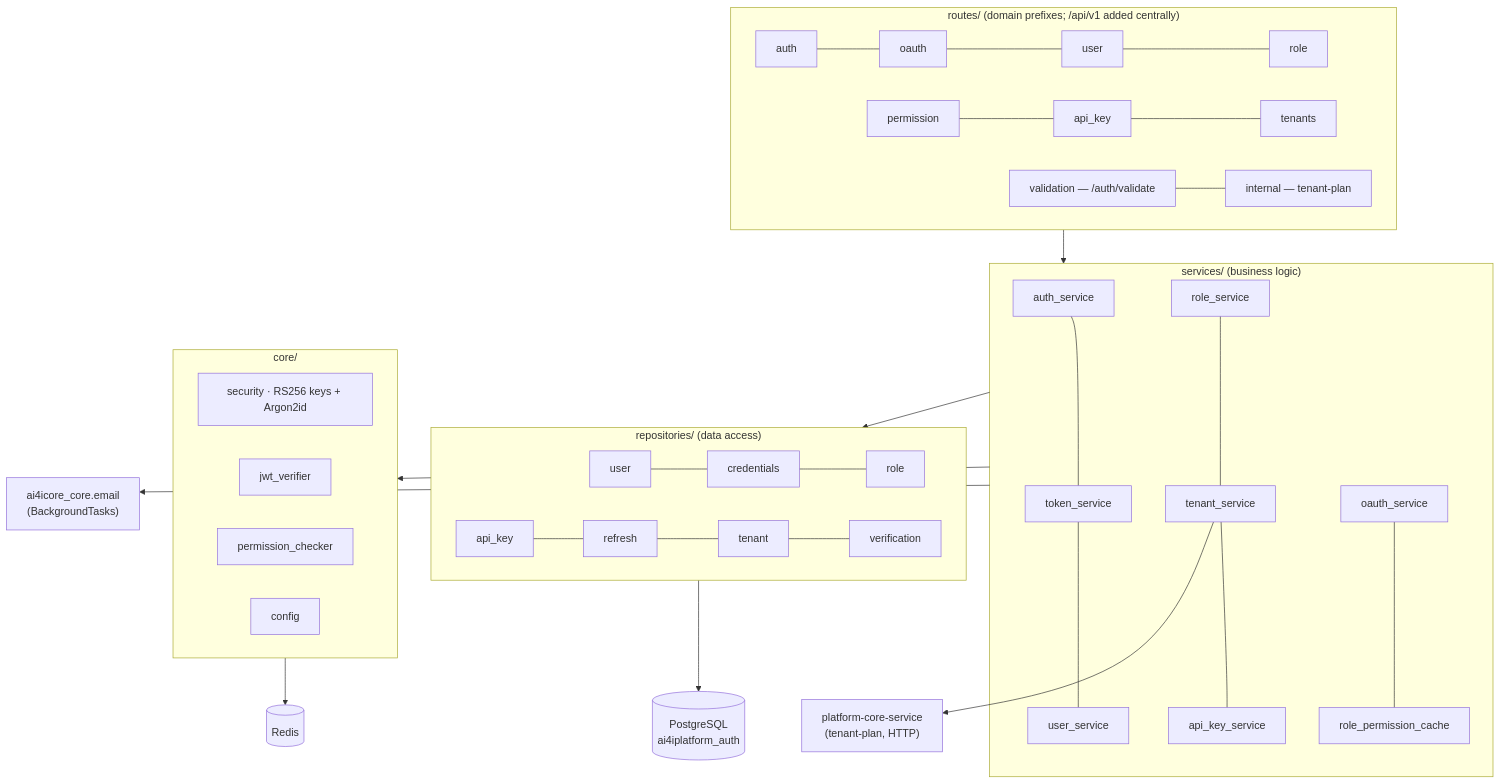
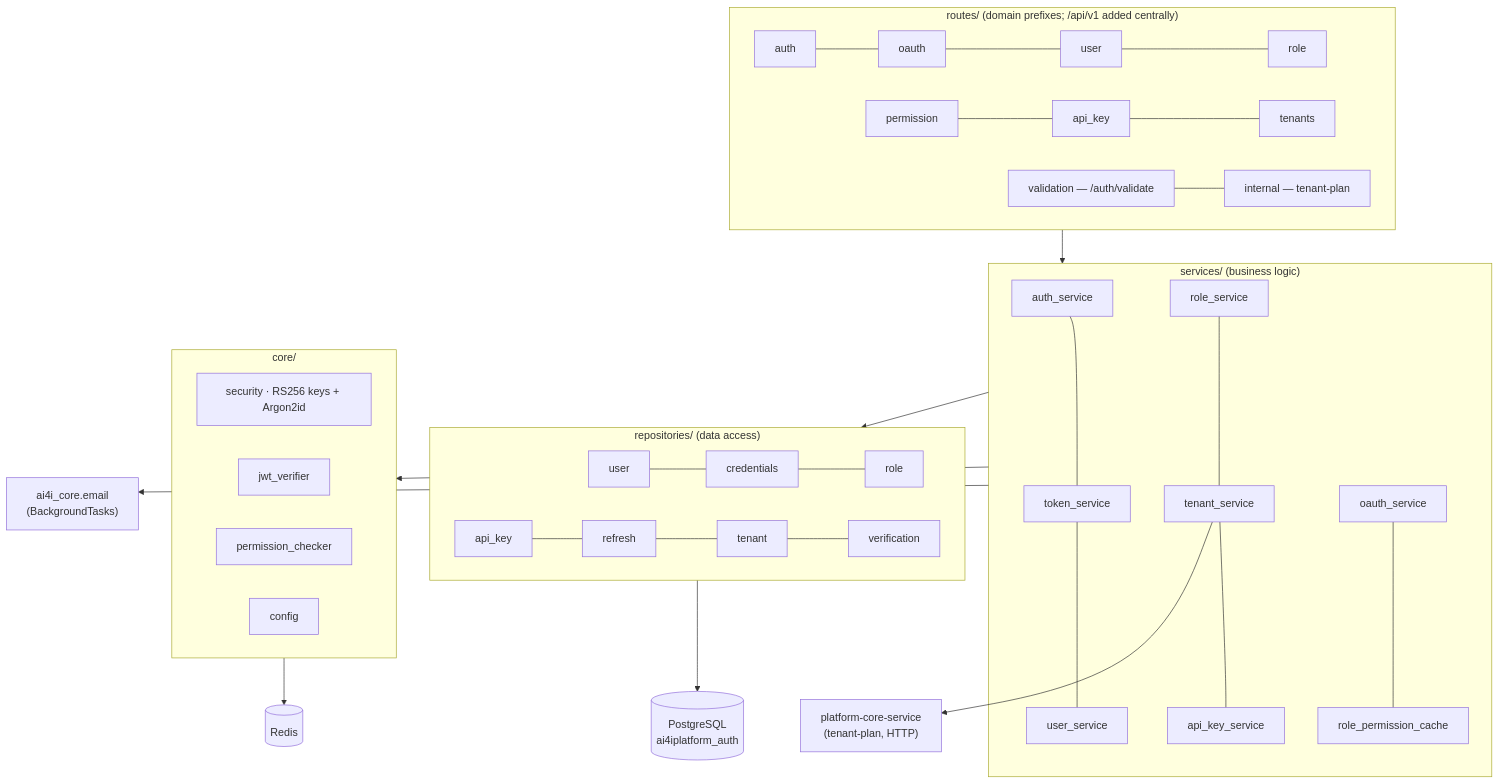
Before and after one commit to COSS-India/ai4i-core: the diagram in docs/architecture/01-auth-service.md, drawn with Mermaid. The commit also changed other lines of this file and 130 other files, not shown here.

````diff
--- a/docs/architecture/01-auth-service.md
+++ b/docs/architecture/01-auth-service.md
@@ -43,33 +43,33 @@
 ```mermaid
 flowchart TB
     subgraph routes["routes/ (domain prefixes; /api/v1 added centrally)"]
         R1[auth] --- R2[oauth] --- R3[user] --- R4[role]
         R5[permission] --- R6[api_key] --- R7[tenants]
         R8["validation — /auth/validate"] --- R9["internal — tenant-plan"]
     end
     subgraph services["services/ (business logic)"]
         S1[auth_service] --- S2[token_service] --- S3[user_service]
         S4[role_service] --- S5[tenant_service] --- S6[api_key_service]
         S7[oauth_service] --- S8[role_permission_cache]
     end
     subgraph repos["repositories/ (data access)"]
         D1[user] --- D2[credentials] --- D3[role]
         D4[api_key] --- D5[refresh] --- D6[tenant] --- D7[verification]
     end
     subgraph core["core/"]
         C1["security · RS256 keys + Argon2id"]
         C2[jwt_verifier]
         C3[permission_checker]
         C4[config]
     end
     PG[("PostgreSQL<br/>ai4iplatform_auth")]
     REDIS[("Redis")]
-    EMAIL["ai4icore_core.email<br/>(BackgroundTasks)"]
+    EMAIL["ai4i_core.email<br/>(BackgroundTasks)"]
     PCORE["platform-core-service<br/>(tenant-plan, HTTP)"]
 
     routes --> services --> repos --> PG
     services --> core
     core --> REDIS
     services --> EMAIL
     S5 --> PCORE
 ```
````
